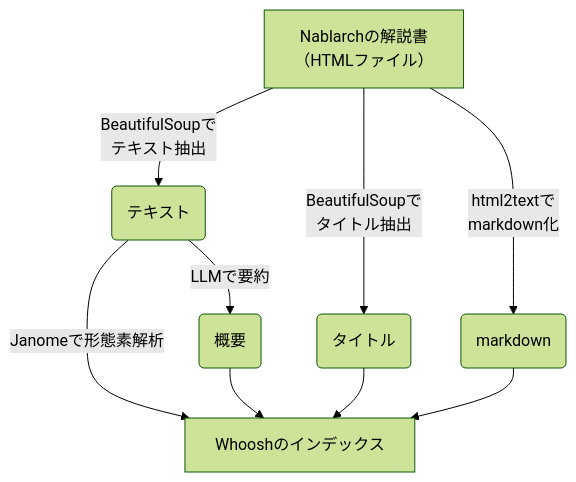
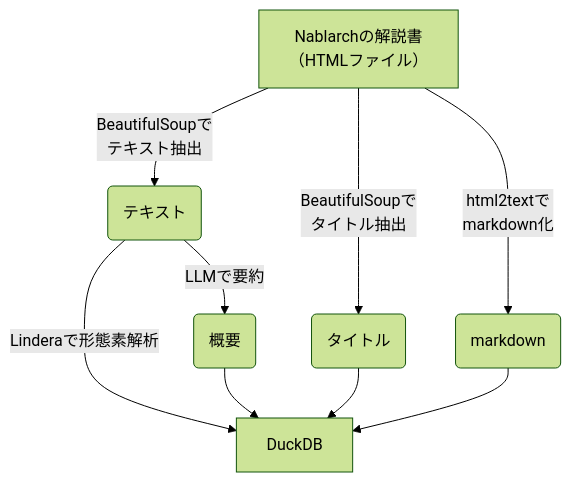
Before and after one commit to backpaper0/nabchan-mcp-server: the second of 2 diagrams in README.md, drawn with Mermaid (forest theme). The commit also changed other lines of this file and 10 other files, not shown here.

````diff
--- a/README.md
+++ b/README.md
@@ -64,18 +64,18 @@
 ```mermaid
 graph TD
    h[Nablarchの解説書<br>（HTMLファイル）]
    c(テキスト)
    d(概要)
    t(タイトル)
    m(markdown)
-   i[Whooshのインデックス]
+   i[DuckDB]
 
    h -->|BeautifulSoupで<br>テキスト抽出| c
-   c -->|Janomeで形態素解析| i
+   c -->|Linderaで形態素解析| i
    c -->|LLMで要約| d
    d --> i
    h -->|BeautifulSoupで<br>タイトル抽出|t
    t --> i
    h -->|html2textで<br>markdown化| m
    m --> i
 ```
````
